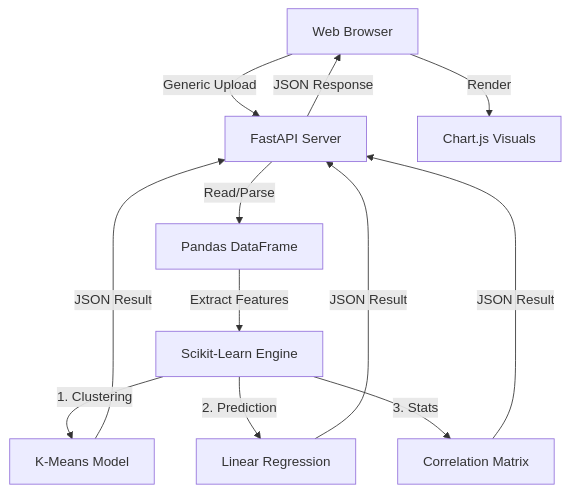
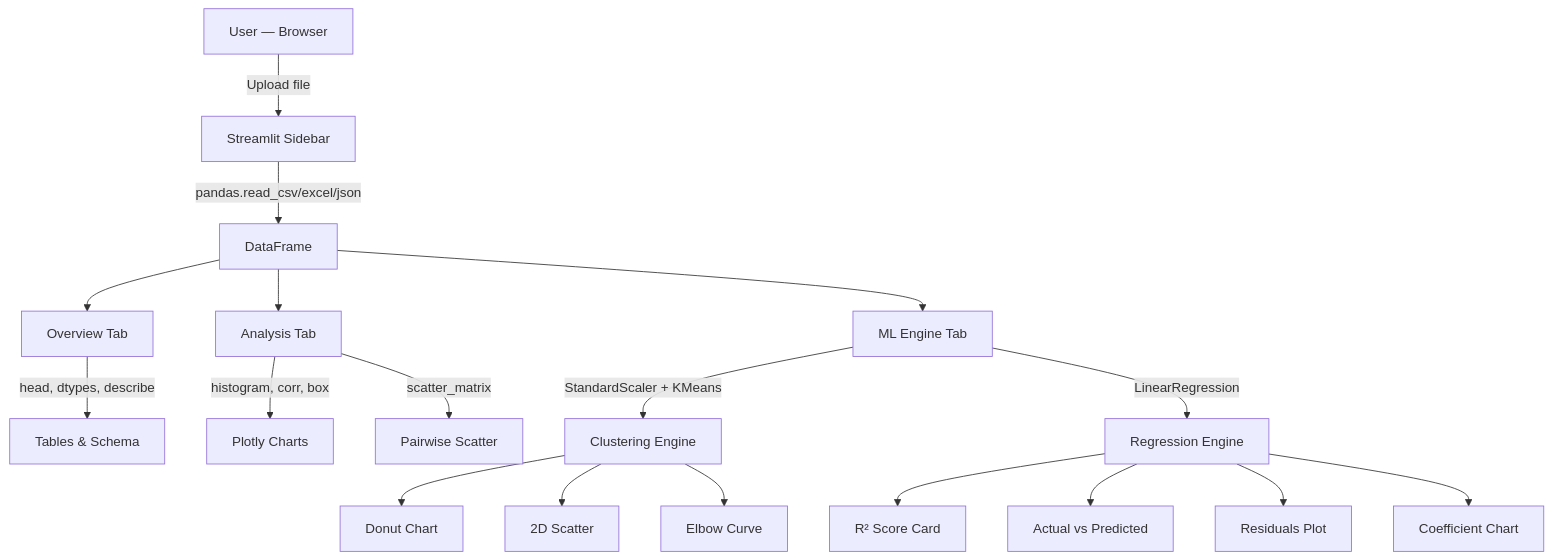
One commit to sarthak7-securtiy/Adaptive-Auto-Data-Evaluation-System changed the diagram in README.md. Above: the diagram before and after it, drawn with Mermaid. The commit also changed other lines of this file and 2 other files, not shown here.

Commit message:
Ultra-premium SaaS UI overhaul (v3) with complete CSS redesign, glassmorphism, and new Plotly charts

````diff
--- a/README.md
+++ b/README.md
@@ -66,16 +147,25 @@
 ```mermaid
 graph TD
-    Client[Web Browser] -- Generic Upload --> API[FastAPI Server]
-    API -- Read/Parse --> Pandas[Pandas DataFrame]
-    Pandas -- Extract Features --> ML[Scikit-Learn Engine]
-    ML -- 1. Clustering --> KMeans[K-Means Model]
-    ML -- 2. Prediction --> LinReg[Linear Regression]
-    ML -- 3. Stats --> Correlations[Correlation Matrix]
-    
-    KMeans -- JSON Result --> API
-    LinReg -- JSON Result --> API
-    Correlations -- JSON Result --> API
-    
-    API -- JSON Response --> Client
-    Client -- Render --> Charts[Chart.js Visuals]
+    U[User — Browser] -->|Upload file| SB[Streamlit Sidebar]
+    SB -->|pandas.read_csv/excel/json| DF[DataFrame]
+
+    DF --> OV[Overview Tab]
+    DF --> AN[Analysis Tab]
+    DF --> ML[ML Engine Tab]
+
+    OV -->|head, dtypes, describe| T1[Tables & Schema]
+    AN -->|histogram, corr, box| V1[Plotly Charts]
+    AN -->|scatter_matrix| V2[Pairwise Scatter]
+
+    ML -->|StandardScaler + KMeans| CL[Clustering Engine]
+    ML -->|LinearRegression| RG[Regression Engine]
+
+    CL --> D1[Donut Chart]
+    CL --> D2[2D Scatter]
+    CL --> D3[Elbow Curve]
+
+    RG --> R1[R² Score Card]
+    RG --> R2[Actual vs Predicted]
+    RG --> R3[Residuals Plot]
+    RG --> R4[Coefficient Chart]
 ```
````
